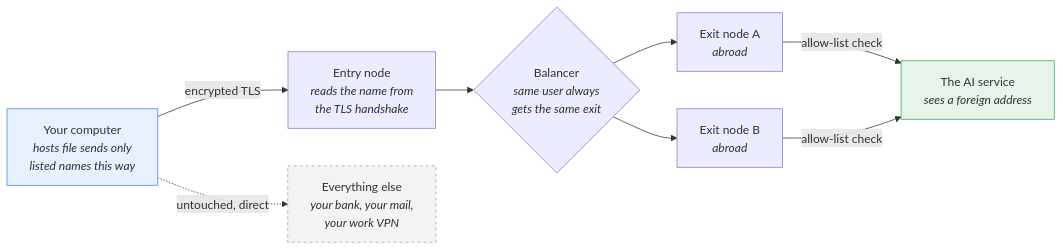
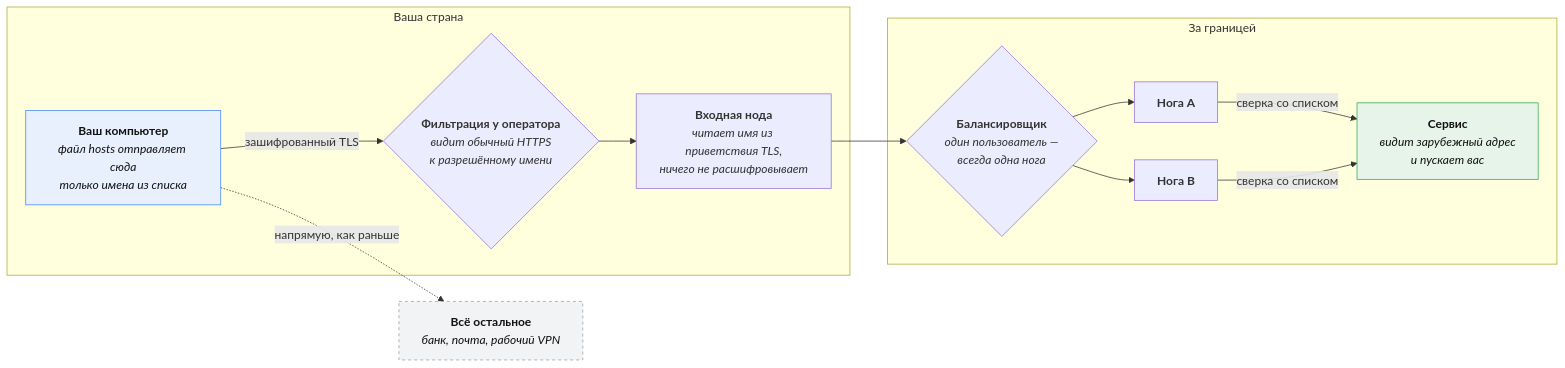
Before and after one commit to SteepMans/ai-sni-proxy: the third of 4 diagrams in README.md, drawn with Mermaid. The commit also changed other lines of this file and 5 other files, not shown here.

````diff
--- a/README.md
+++ b/README.md
@@ -20,22 +95,30 @@
 ```mermaid
 flowchart LR
-    U["Your computer<br/><i>hosts file sends only<br/>listed names this way</i>"]
-    E["Entry node<br/><i>reads the name from<br/>the TLS handshake</i>"]
-    B{"Balancer<br/><i>same user always<br/>gets the same exit</i>"}
-    X1["Exit node A<br/><i>abroad</i>"]
-    X2["Exit node B<br/><i>abroad</i>"]
-    S["The AI service<br/><i>sees a foreign address</i>"]
-    O["Everything else<br/><i>your bank, your mail,<br/>your work VPN</i>"]
+    subgraph HOME["Ваша страна"]
+        U["<b>Ваш компьютер</b><br/><i>файл hosts отправляет сюда<br/>только имена из списка</i>"]
+        T{"<b>Фильтрация у оператора</b><br/><i>видит обычный HTTPS<br/>к разрешённому имени</i>"}
+        E["<b>Входная нода</b><br/><i>читает имя из приветствия TLS,<br/>ничего не расшифровывает</i>"]
+    end
 
-    U -->|"encrypted TLS"| E
+    subgraph ABROAD["За границей"]
+        B{"<b>Балансировщик</b><br/><i>один пользователь —<br/>всегда одна нога</i>"}
+        X1["<b>Нога A</b>"]
+        X2["<b>Нога B</b>"]
+        S["<b>Сервис</b><br/><i>видит зарубежный адрес<br/>и пускает вас</i>"]
+    end
+
+    O["<b>Всё остальное</b><br/><i>банк, почта, рабочий VPN</i>"]
+
+    U -->|"зашифрованный TLS"| T
+    T --> E
     E --> B
     B --> X1
     B --> X2
-    X1 -->|"allow-list check"| S
-    X2 -->|"allow-list check"| S
-    U -.->|"untouched, direct"| O
+    X1 -->|"сверка со списком"| S
+    X2 -->|"сверка со списком"| S
+    U -.->|"напрямую, как раньше"| O
 
-    style U fill:#e8f0fe,stroke:#4285f4
-    style S fill:#e6f4ea,stroke:#34a853
-    style O fill:#f1f3f4,stroke:#9aa0a6,stroke-dasharray: 4 4
+    style U fill:#e8f0fe,stroke:#4285f4,color:#111
+    style S fill:#e6f4ea,stroke:#34a853,color:#111
+    style O fill:#f1f3f4,stroke:#9aa0a6,color:#111,stroke-dasharray: 4 4
 ```
````
